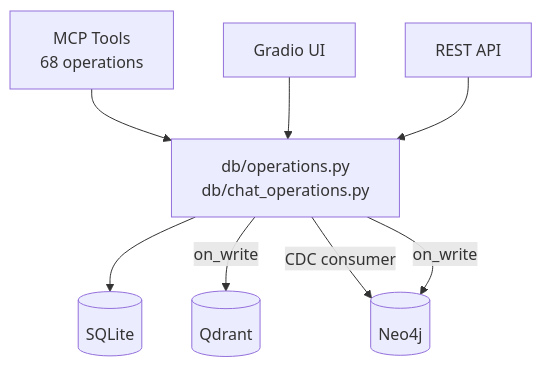
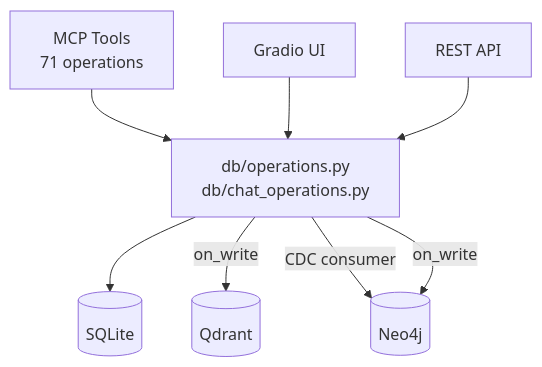
The second of 2 diagrams in README.md (janat-llc/janatpmp), drawn with Mermaid before and after one commit. The commit also changed other lines of this file and 14 other files, not shown here.

````diff
--- a/README.md
+++ b/README.md
@@ -43,10 +43,10 @@
 ```mermaid
 graph TB
-    MCP[MCP Tools<br/>68 operations] --> DB[db/operations.py<br/>db/chat_operations.py]
+    MCP[MCP Tools<br/>71 operations] --> DB[db/operations.py<br/>db/chat_operations.py]
     UI[Gradio UI] --> DB
     API[REST API] --> DB
     DB --> SQLite[(SQLite)]
     DB -->|on_write| Qdrant[(Qdrant)]
     DB -->|CDC consumer| Neo4j[(Neo4j)]
     DB -->|on_write| Neo4j
 ```
````
